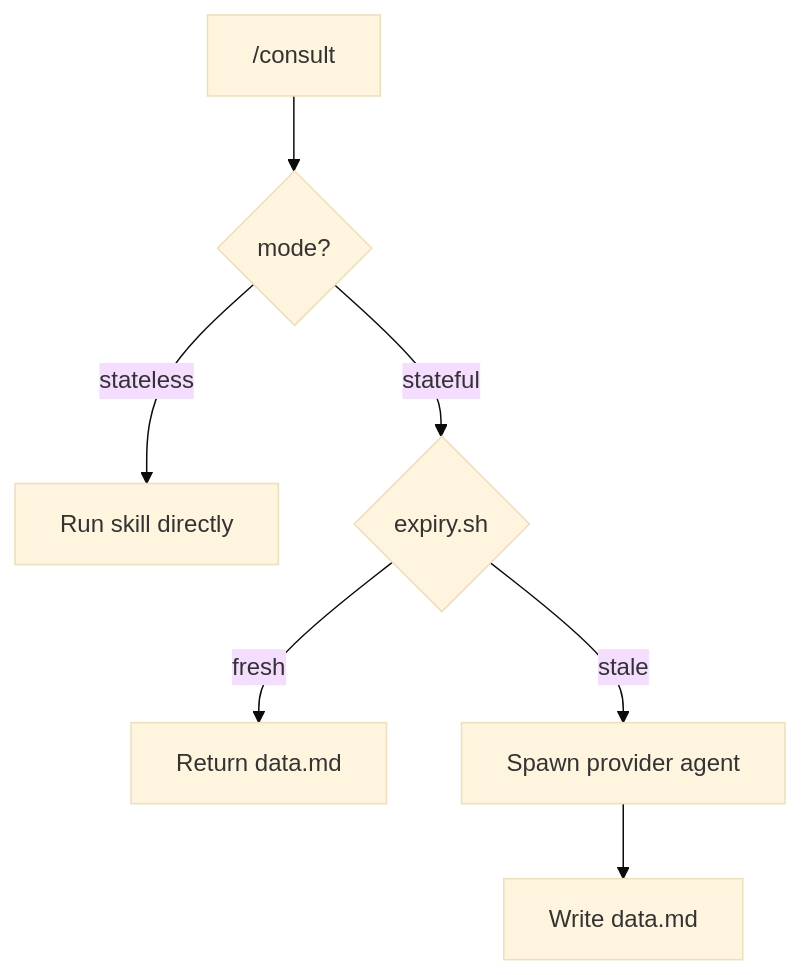
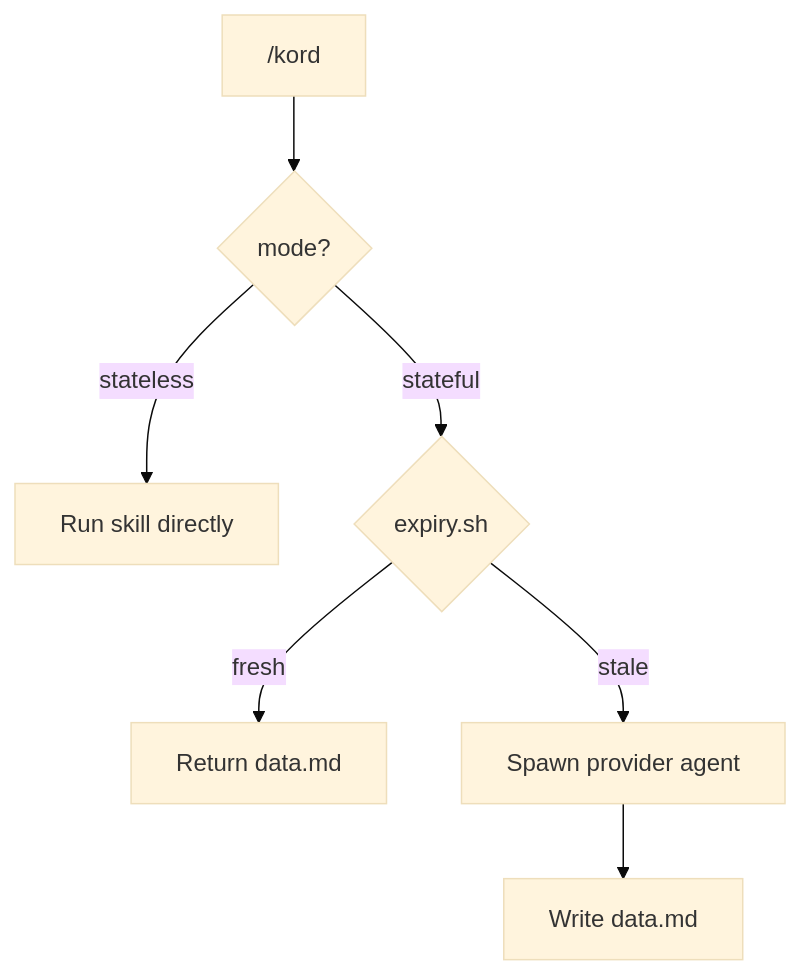
One commit to Kord96/kordinate changed the diagram in docs/framework/kords.md. Above: the diagram before and after it, drawn with Mermaid (base theme). The commit also changed other lines of this file and 6 other files, not shown here.

First line of the commit message:
Docs audit fixes: /consult→/kord, source-map rewrite, guards→KORD.json, stale paths

````diff
--- a/docs/framework/kords.md
+++ b/docs/framework/kords.md
@@ -61,9 +61,9 @@
 ```mermaid
 flowchart TB
-    C["/consult"] --> M{mode?}
+    C["/kord"] --> M{mode?}
     M -->|stateless| S[Run skill directly]
     M -->|stateful| G{"expiry.sh"}
     G -->|fresh| D[Return data.md]
     G -->|stale| K[Spawn provider agent]
     K --> W[Write data.md]
 ```
````
